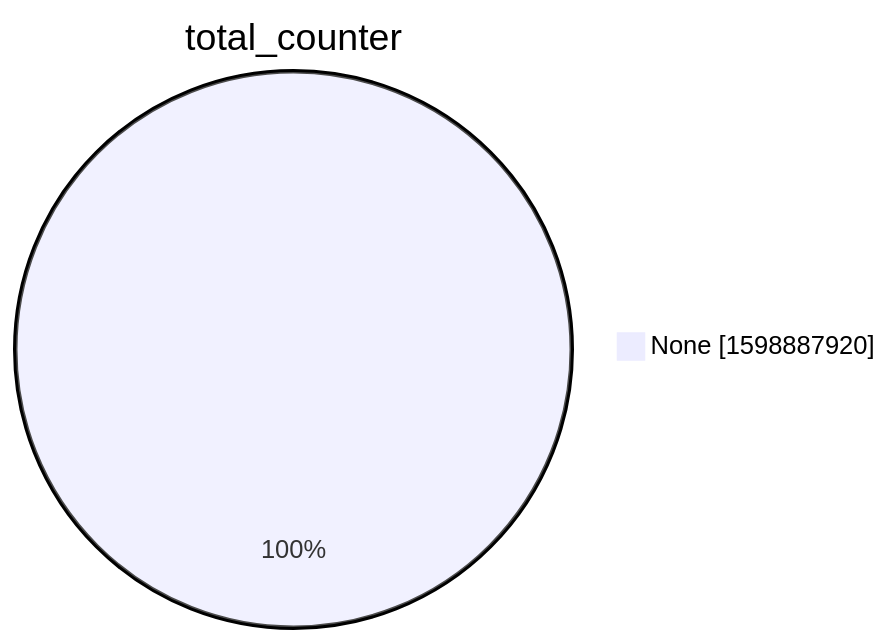
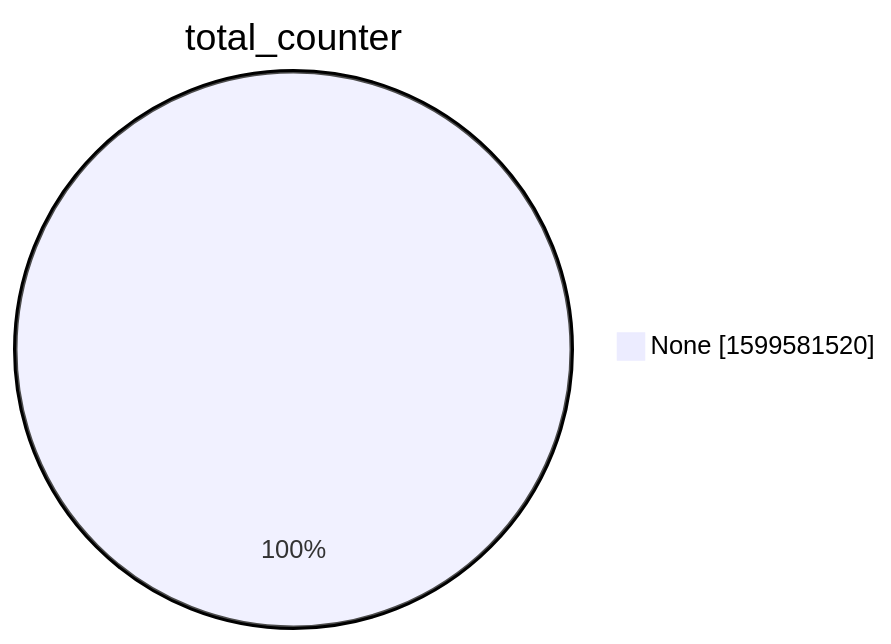
One commit to christiankrug/ctmonitor_visualization changed the second of 15 diagrams in xenon2022/README.md. Above: the diagram before and after it, drawn with Mermaid. The commit also changed other lines of this file, not shown here.

````diff
--- a/xenon2022/README.md
+++ b/xenon2022/README.md
@@ -9,5 +9,5 @@
 ```mermaid
 pie showData
 title total_counter
-"None" :1598887920
+"None" :1599581520
 ```
````
